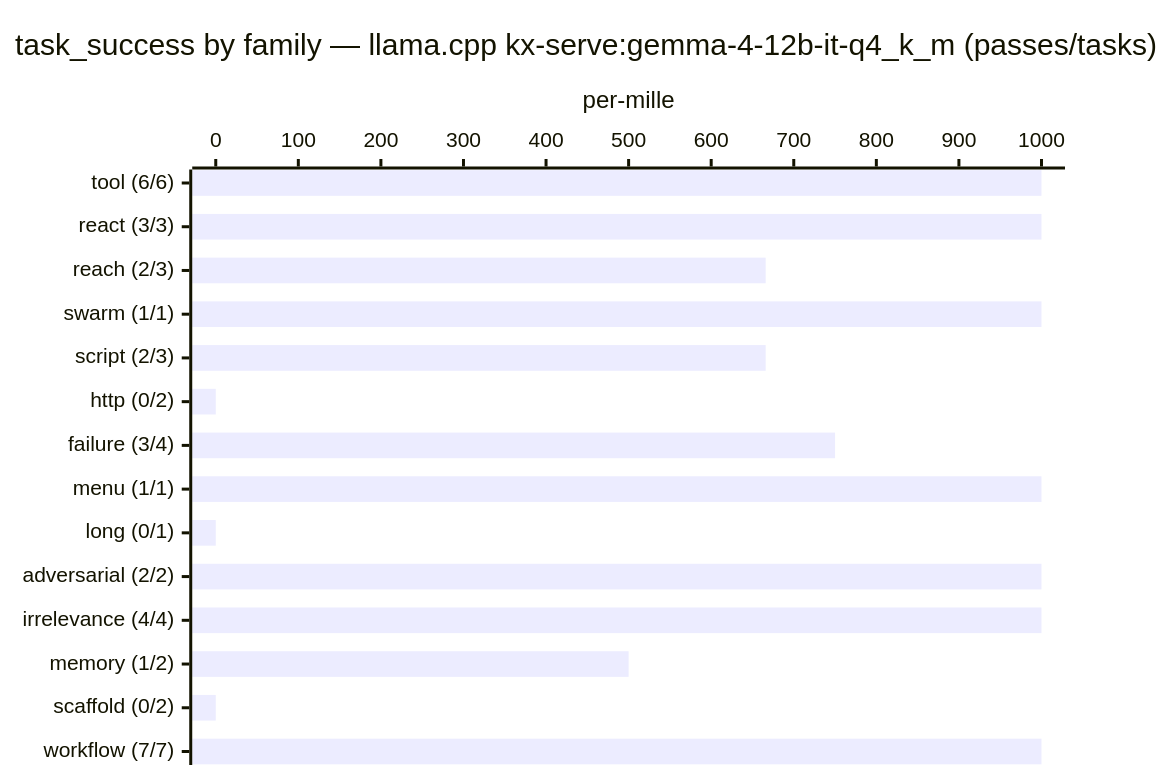
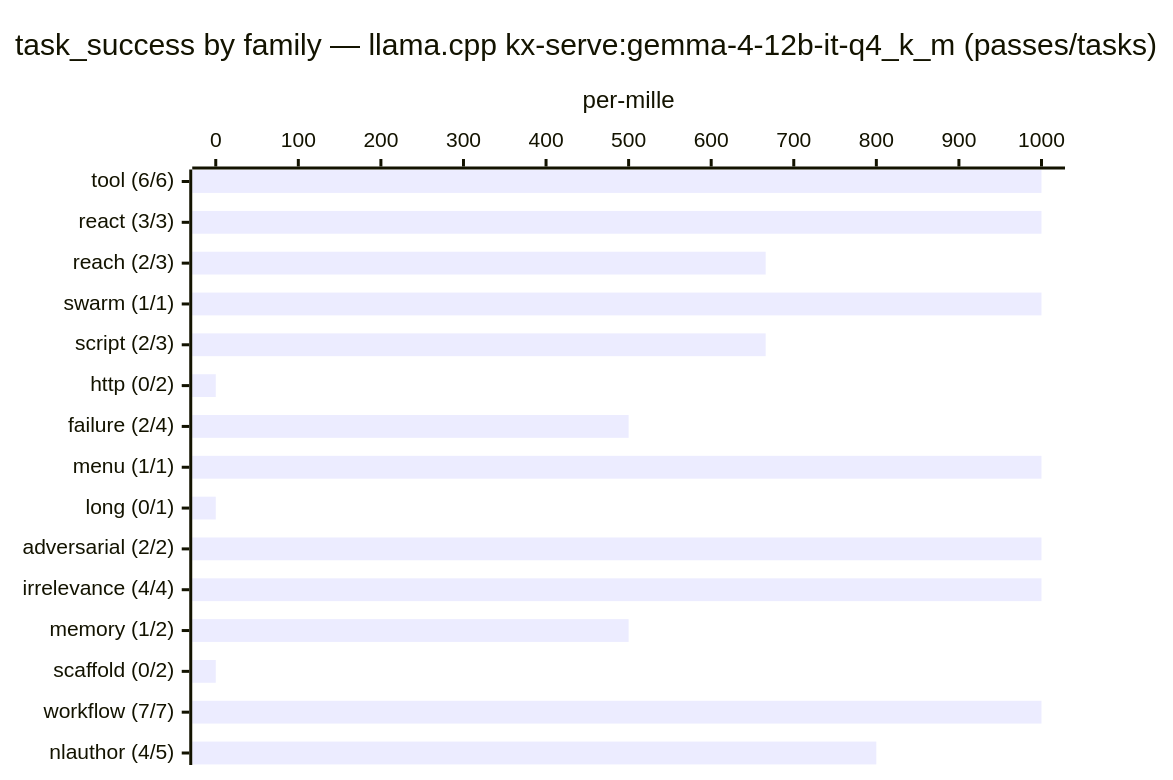
One commit to Kortecx/kortecx changed the second of 2 diagrams in README.md. Above: the diagram before and after it, drawn with Mermaid. The commit also changed other lines of this file and 107 other files, not shown here.

````diff
--- a/README.md
+++ b/README.md
@@ -318,7 +319,7 @@
 ```mermaid
 xychart-beta horizontal
     title "task_success by family — llama.cpp kx-serve:gemma-4-12b-it-q4_k_m (passes/tasks)"
-    x-axis ["tool (6/6)", "react (3/3)", "reach (2/3)", "swarm (1/1)", "script (2/3)", "http (0/2)", "failure (3/4)", "menu (1/1)", "long (0/1)", "adversarial (2/2)", "irrelevance (4/4)", "memory (1/2)", "scaffold (0/2)", "workflow (7/7)"]
+    x-axis ["tool (6/6)", "react (3/3)", "reach (2/3)", "swarm (1/1)", "script (2/3)", "http (0/2)", "failure (2/4)", "menu (1/1)", "long (0/1)", "adversarial (2/2)", "irrelevance (4/4)", "memory (1/2)", "scaffold (0/2)", "workflow (7/7)", "nlauthor (4/5)"]
     y-axis "per-mille" 0 --> 1000
-    bar [1000, 1000, 666, 1000, 666, 0, 750, 1000, 0, 1000, 1000, 500, 0, 1000]
+    bar [1000, 1000, 666, 1000, 666, 0, 500, 1000, 0, 1000, 1000, 500, 0, 1000, 800]
 ```
````
